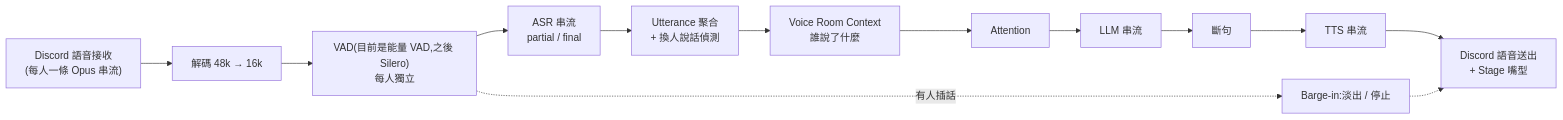
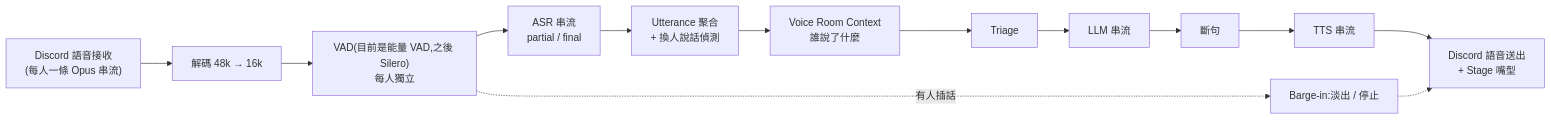
The third of 3 diagrams in docs/ARCHITECTURE.md (owenliu0924/Miyoria), drawn with Mermaid before and after one commit. The commit also changed other lines of this file, not shown here.

Commit message:
docs(architecture): describe the V5 brain and the real repository layout

````diff
--- a/docs/ARCHITECTURE.md
+++ b/docs/ARCHITECTURE.md
@@ -558,15 +517,15 @@
 ```mermaid
 flowchart LR
   RX["Discord 語音接收<br/>(每人一條 Opus 串流)"] --> DEC[解碼 48k → 16k]
   DEC --> VAD["VAD(目前是能量 VAD,之後 Silero)<br/>每人獨立"]
   VAD --> ASR["ASR 串流<br/>partial / final"]
   ASR --> SEG["Utterance 聚合<br/>+ 換人說話偵測"]
   SEG --> ROOM["Voice Room Context<br/>誰說了什麼"]
-  ROOM --> ATT[Attention]
+  ROOM --> ATT[Triage]
   ATT --> GEN[LLM 串流]
   GEN --> CHUNK[斷句]
   CHUNK --> TTS[TTS 串流]
   TTS --> TX[Discord 語音送出<br/>+ Stage 嘴型]
   VAD -. 有人插話 .-> BI[Barge-in:淡出 / 停止]
   BI -.-> TX
 ```
````
